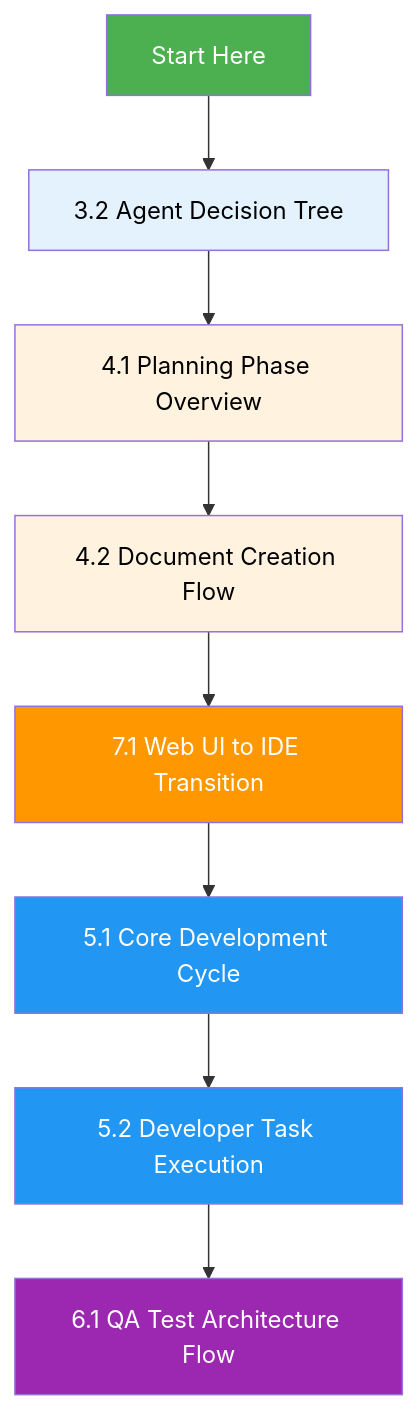
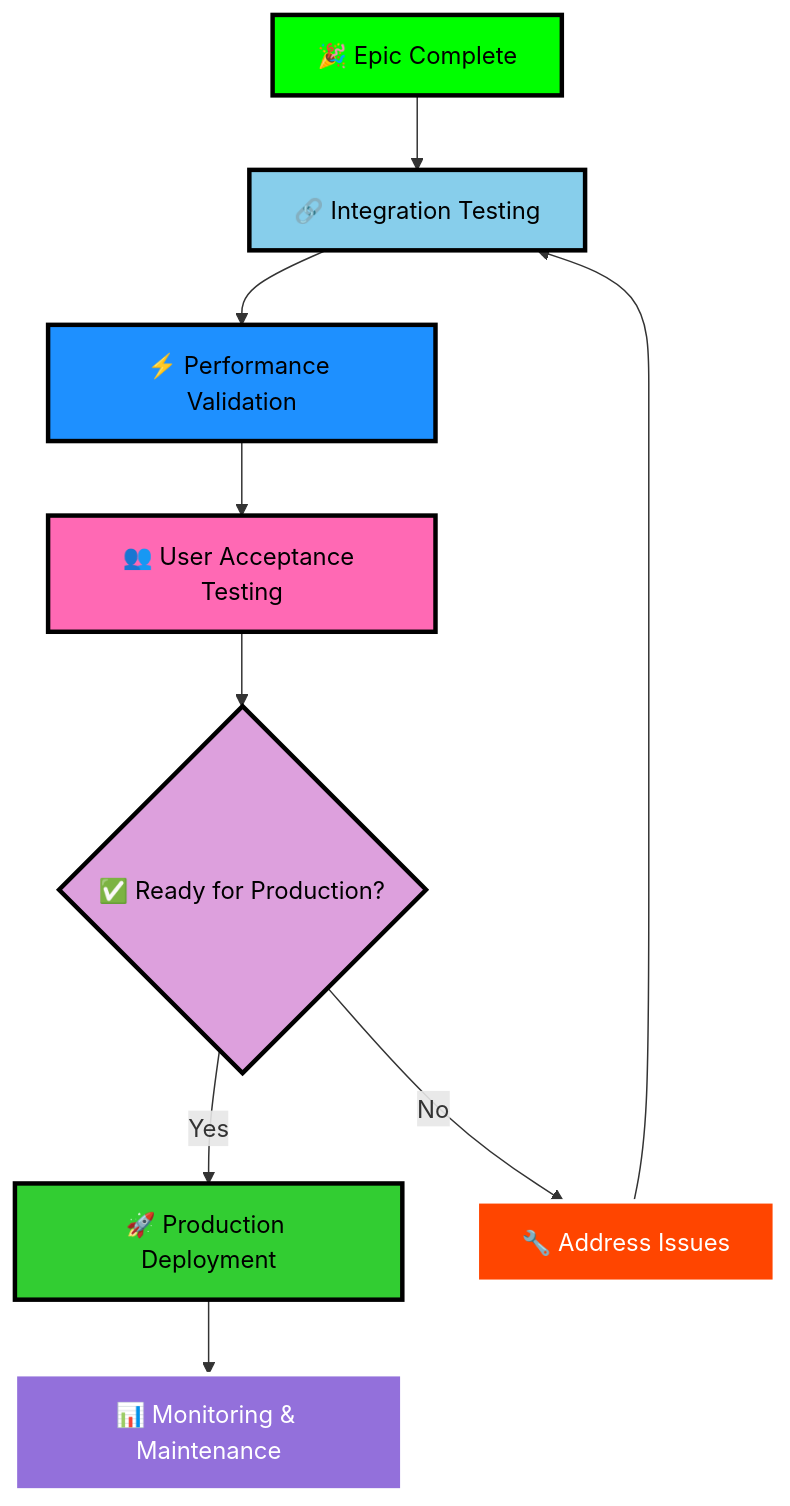
One commit to garkpit/RT-Vault changed diagram 12 of 12 in BMAD-method/BMAD-method - a visual guide.md. Above: the diagram before and after it, drawn with Mermaid. The commit also changed other lines of this file and 7 other files, not shown here.

````diff
--- a/BMAD-method/BMAD-method - a visual guide.md
+++ b/BMAD-method/BMAD-method - a visual guide.md
@@ -610,19 +391,20 @@
 ```mermaid
 graph TD
-    A["Start Here"] --> B["3.2 Agent Decision Tree"]
-    B --> C["4.1 Planning Phase Overview"]
-    C --> D["4.2 Document Creation Flow"]
-    D --> E["7.1 Web UI to IDE Transition"]
-    E --> F["5.1 Core Development Cycle"]
-    F --> G["5.2 Developer Task Execution"]
-    G --> H["6.1 QA Test Architecture Flow"]
+    C1["🎉 Epic Complete"] --> C2["🔗 Integration Testing"]
+    C2 --> C3["⚡ Performance Validation"]
+    C3 --> C4["👥 User Acceptance Testing"]
+    C4 --> C5{"✅ Ready for Production?"}
+    C5 -->|Yes| C6["🚀 Production Deployment"]
+    C5 -->|No| C7["🔧 Address Issues"]
+    C6 --> C8["📊 Monitoring & Maintenance"]
+    C7 --> C2
     
-    style A fill:#4caf50,color:#fff
-    style B fill:#e3f2fd,color:#000
-    style C fill:#fff3e0,color:#000
-    style D fill:#fff3e0,color:#000
-    style E fill:#ff9800,color:#fff
-    style F fill:#2196f3,color:#fff
-    style G fill:#2196f3,color:#fff
-    style H fill:#9c27b0,color:#fff
+    style C1 fill:#00FF00,color:#000000,stroke:#000000,stroke-width:3px
+    style C2 fill:#87CEEB,color:#000000,stroke:#000000,stroke-width:3px
+    style C3 fill:#1E90FF,color:#000000,stroke:#000000,stroke-width:3px
+    style C4 fill:#FF69B4,color:#000000,stroke:#000000,stroke-width:3px
+    style C5 fill:#DDA0DD,color:#000000,stroke:#000000,stroke-width:3px
+    style C6 fill:#32CD32,color:#000000,stroke:#000000,stroke-width:3px
+    style C7 fill:#FF4500,color:#FFFFFF,stroke:#FFFFFF,stroke-width:3px
+    style C8 fill:#9370DB,color:#FFFFFF,stroke:#FFFFFF,stroke-width:3px
 ```
````
